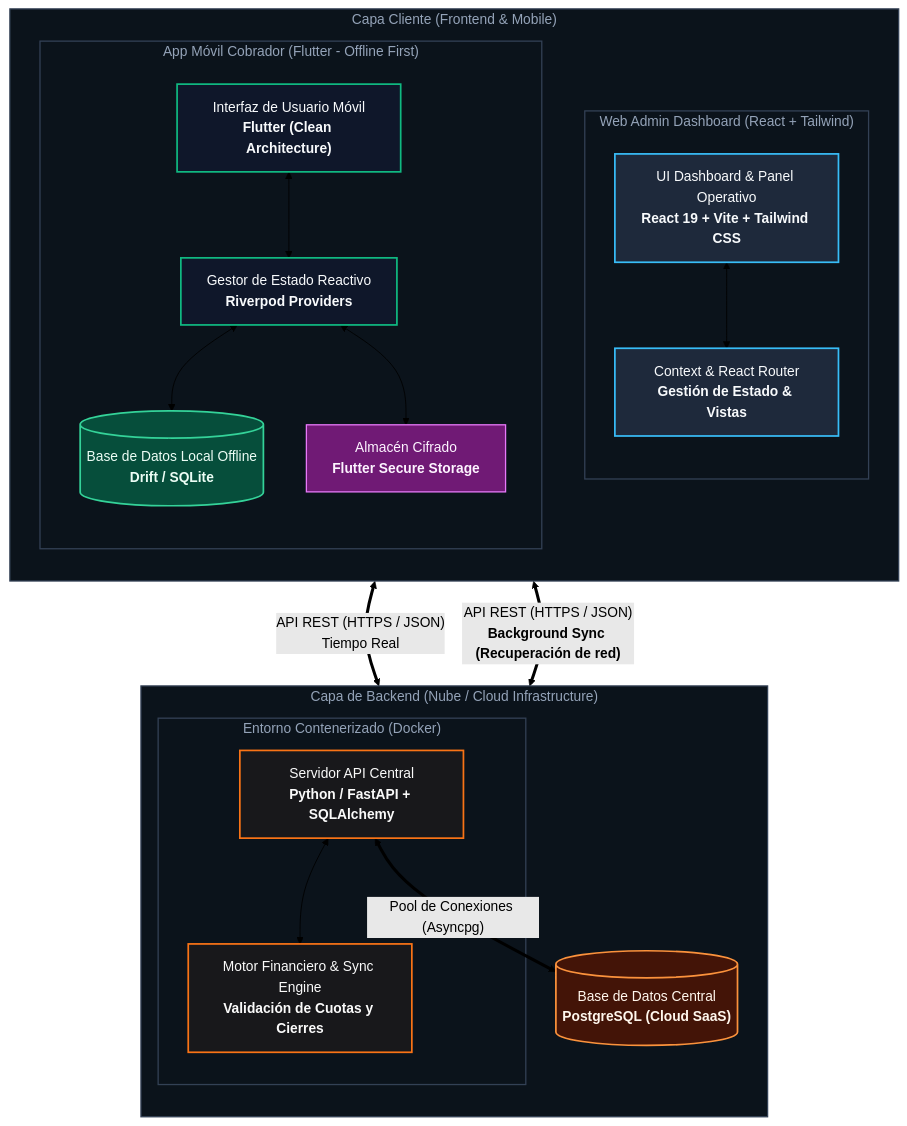
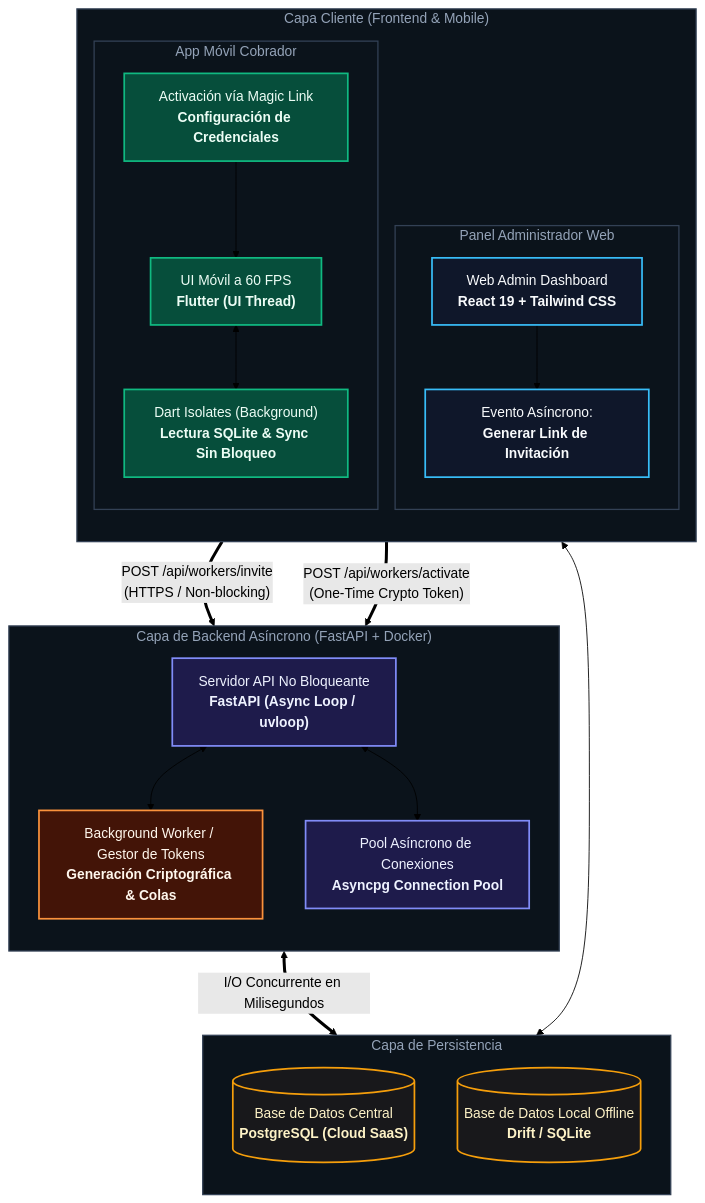
Before and after one commit to acostasssssssss/CrediTrack-Showcase: the diagram in README.md, drawn with Mermaid (forest theme). The commit also changed other lines of this file, not shown here.

Commit message:
V5 mejoras en punto 3

````diff
--- a/README.md
+++ b/README.md
@@ -96,69 +97,73 @@
 ```mermaid
 flowchart TD
     %% ─────────────────────────────────────────────────────────────
-    %% CAPA CLIENTE (FRONTEND & MÓVIL)
+    %% CAPA CLIENTE: WEB ADMIN & MOBILE
     %% ─────────────────────────────────────────────────────────────
     subgraph Frontend["Capa Cliente (Frontend & Mobile)"]
         direction TB
 
-        subgraph WebAdmin["Web Admin Dashboard (React + Tailwind)"]
-            direction TB
-            WebUI["UI Dashboard & Panel Operativo<br/><b>React 19 + Vite + Tailwind CSS</b>"]
-            WebState["Context & React Router<br/><b>Gestión de Estado & Vistas</b>"]
-            WebUI <--> WebState
+        subgraph WebAdmin["Panel Administrador Web"]
+            AdminUI["Web Admin Dashboard<br/><b>React 19 + Tailwind CSS</b>"]
+            ActionTrigger["Evento Asíncrono:<br/><b>Generar Link de Invitación</b>"]
+            AdminUI --> ActionTrigger
         end
 
-        subgraph MobileApp["App Móvil Cobrador (Flutter - Offline First)"]
-            direction TB
-            MobileUI["Interfaz de Usuario Móvil<br/><b>Flutter (Clean Architecture)</b>"]
-            Riverpod["Gestor de Estado Reactivo<br/><b>Riverpod Providers</b>"]
-            DriftDB[("Base de Datos Local Offline<br/><b>Drift / SQLite</b>")]
-            SecureStorage["Almacén Cifrado<br/><b>Flutter Secure Storage</b>"]
+        subgraph MobileApp["App Móvil Cobrador"]
+            MobileUI["UI Móvil a 60 FPS<br/><b>Flutter (UI Thread)</b>"]
+            Isolates["Dart Isolates (Background)<br/><b>Lectura SQLite & Sync Sin Bloqueo</b>"]
+            MagicActivation["Activación vía Magic Link<br/><b>Configuración de Credenciales</b>"]
 
-            MobileUI <--> Riverpod
-            Riverpod <--> DriftDB
-            Riverpod <--> SecureStorage
+            MobileUI <--> Isolates
+            MagicActivation --> MobileUI
         end
     end
 
     %% ─────────────────────────────────────────────────────────────
-    %% CAPA DE RED / COMUNICACIÓN
+    %% CAPA DE RED / APIS
     %% ─────────────────────────────────────────────────────────────
-    WebAdmin <== "API REST (HTTPS / JSON)<br/>Tiempo Real" ==> APIServer
-    MobileApp <== "API REST (HTTPS / JSON)<br/><b>Background Sync (Recuperación de red)</b>" ==> APIServer
+    ActionTrigger == "POST /api/workers/invite<br/>(HTTPS / Non-blocking)" ==> AsyncAPI
+    MagicActivation == "POST /api/workers/activate<br/>(One-Time Crypto Token)" ==> AsyncAPI
 
     %% ─────────────────────────────────────────────────────────────
-    %% CAPA DE BACKEND & NUBE
+    %% CAPA BACKEND & COLAS DE TAREAS
     %% ─────────────────────────────────────────────────────────────
-    subgraph Backend["Capa de Backend (Nube / Cloud Infrastructure)"]
+    subgraph Backend["Capa de Backend Asíncrono (FastAPI + Docker)"]
         direction TB
 
-        subgraph DockerContainer["Entorno Contenerizado (Docker)"]
-            APIServer["Servidor API Central<br/><b>Python / FastAPI + SQLAlchemy</b>"]
-            Engine["Motor Financiero & Sync Engine<br/><b>Validación de Cuotas y Cierres</b>"]
-            APIServer <--> Engine
-        end
+        AsyncAPI["Servidor API No Bloqueante<br/><b>FastAPI (Async Loop / uvloop)</b>"]
+        WorkerManager["Background Worker / Gestor de Tokens<br/><b>Generación Criptográfica & Colas</b>"]
+        AsyncPool["Pool Asíncrono de Conexiones<br/><b>Asyncpg Connection Pool</b>"]
 
+        AsyncAPI <--> WorkerManager
+        AsyncAPI <--> AsyncPool
+    end
+
+    %% ─────────────────────────────────────────────────────────────
+    %% CAPA DE PERSISTENCIA
+    %% ─────────────────────────────────────────────────────────────
+    subgraph Storage["Capa de Persistencia"]
+        direction TB
         CentralDB[("Base de Datos Central<br/><b>PostgreSQL (Cloud SaaS)</b>")]
-        APIServer <== "Pool de Conexiones (Asyncpg)" ==> CentralDB
+        LocalDB[("Base de Datos Local Offline<br/><b>Drift / SQLite</b>")]
     end
+
+    AsyncPool <== "I/O Concurrente en Milisegundos" ==> CentralDB
+    Isolates <--> LocalDB
 
     %% ─────────────────────────────────────────────────────────────
     %% ESTILOS VISUALES (CLASSDEF)
     %% ─────────────────────────────────────────────────────────────
-    classDef webStyle fill:#1E293B,stroke:#38BDF8,stroke-width:2px,color:#F8FAFC
-    classDef mobileStyle fill:#0F172A,stroke:#10B981,stroke-width:2px,color:#F8FAFC
-    classDef dbStyle fill:#064E3B,stroke:#34D399,stroke-width:2px,color:#ECFDF5
-    classDef securityStyle fill:#701A75,stroke:#E879F9,stroke-width:1.5px,color:#FDF4FF
-    classDef backendStyle fill:#18181B,stroke:#F97316,stroke-width:2px,color:#FAFAFA
-    classDef cloudDbStyle fill:#431407,stroke:#FB923C,stroke-width:2px,color:#FFF7ED
+    classDef webStyle fill:#0F172A,stroke:#38BDF8,stroke-width:2px,color:#F8FAFC
+    classDef mobileStyle fill:#064E3B,stroke:#10B981,stroke-width:2px,color:#ECFDF5
+    classDef apiStyle fill:#1E1B4B,stroke:#818CF8,stroke-width:2px,color:#EEF2FF
+    classDef workerStyle fill:#431407,stroke:#FB923C,stroke-width:2px,color:#FFF7ED
+    classDef dbStyle fill:#18181B,stroke:#F59E0B,stroke-width:2px,color:#FEF3C7
     classDef containerGroup fill:#0B131B,stroke:#334155,stroke-width:1.5px,color:#94A3B8
 
-    class WebUI,WebState webStyle
-    class MobileUI,Riverpod mobileStyle
-    class DriftDB dbStyle
-    class SecureStorage securityStyle
-    class APIServer,Engine backendStyle
-    class CentralDB cloudDbStyle
-    class Frontend,Backend,DockerContainer,WebAdmin,MobileApp containerGroup
+    class AdminUI,ActionTrigger webStyle
+    class MobileUI,Isolates,MagicActivation mobileStyle
+    class AsyncAPI,AsyncPool apiStyle
+    class WorkerManager workerStyle
+    class CentralDB,LocalDB dbStyle
+    class Frontend,Backend,Storage,WebAdmin,MobileApp containerGroup
 ```
````
